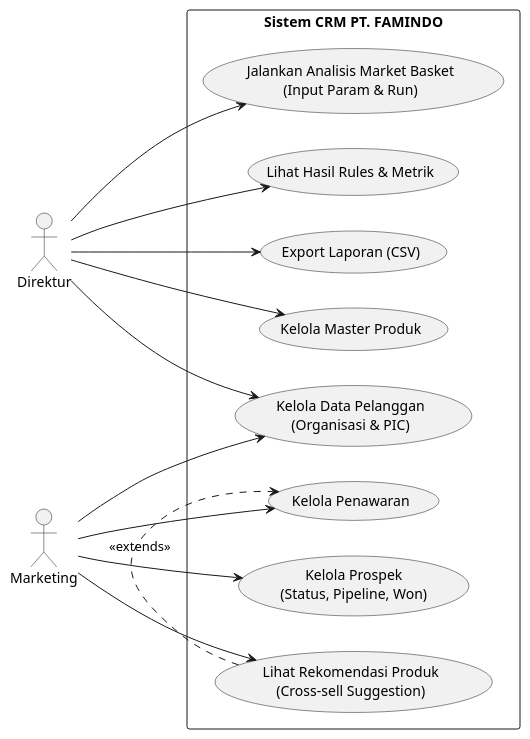
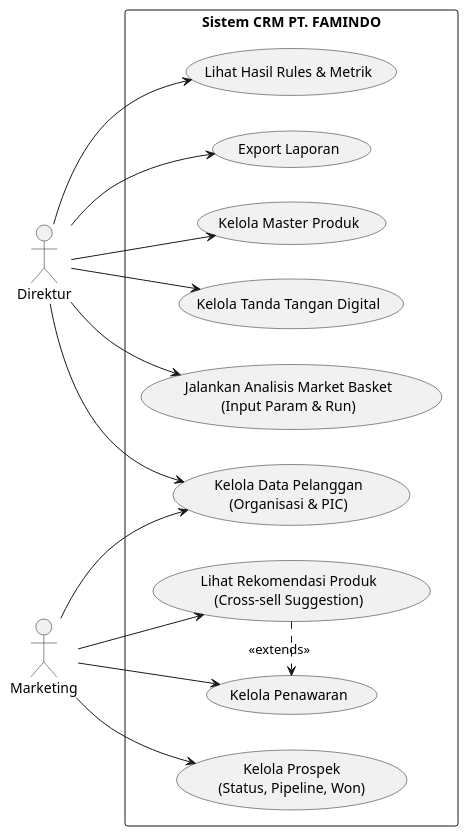
The diagram in docs/diagram_usecase.puml (quenzvezda/laravel-crm), drawn with PlantUML before and after one commit. The commit also changed 4 other files, not shown here.

Commit message:
docs: update some diagram due to changes in activity

```diff
--- a/docs/diagram_usecase.puml
+++ b/docs/diagram_usecase.puml
@@ -1,41 +1,43 @@
 @startuml
 left to right direction
 
 ' Mendefinisikan Aktor sesuai Struktur Organisasi di BAB 4
 actor "Direktur" as Direktur
 actor "Marketing" as Marketing
 
 ' Mendefinisikan Boundary Sistem
 rectangle "Sistem CRM PT. FAMINDO" {
     ' --- Master Data ---
     usecase "Kelola Data Pelanggan\n(Organisasi & PIC)" as UC_Customer
     usecase "Kelola Master Produk" as UC_Product
+    usecase "Kelola Tanda Tangan Digital" as UC_Signature
 
     ' --- Fungsionalitas Operasional (Marketing) ---
     usecase "Kelola Prospek\n(Status, Pipeline, Won)" as UC_Leads
     usecase "Kelola Penawaran" as UC_Quotes
     usecase "Lihat Rekomendasi Produk\n(Cross-sell Suggestion)" as UC_Rec
 
     ' --- Fungsionalitas Analitis (Direktur) ---
     usecase "Jalankan Analisis Market Basket\n(Input Param & Run)" as UC_Run
     usecase "Lihat Hasil Rules & Metrik" as UC_View
-    usecase "Export Laporan (CSV)" as UC_Export
+    usecase "Export Laporan" as UC_Export
 }
 
 ' Relasi Aktor Marketing (Operasional)
 Marketing --> UC_Customer
 Marketing --> UC_Leads
 Marketing --> UC_Quotes
 Marketing --> UC_Rec
 
 ' Relasi Aktor Direktur (Manajerial & Analitis)
 Direktur --> UC_Customer
 Direktur --> UC_Product
 Direktur --> UC_Run
 Direktur --> UC_View
 Direktur --> UC_Export
+Direktur --> UC_Signature
 
 ' Relasi antar Use Case
 UC_Rec .> UC_Quotes : <<extends>>
 
 @enduml
```
